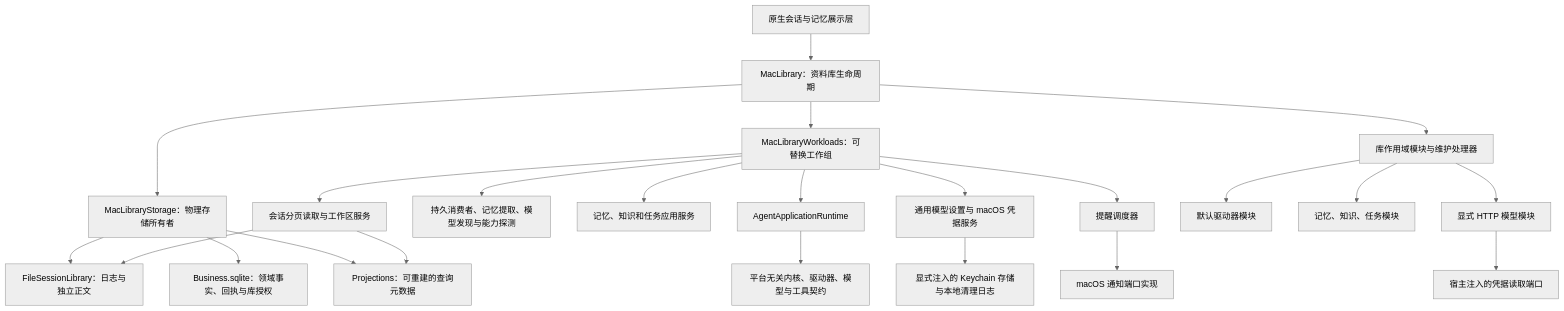
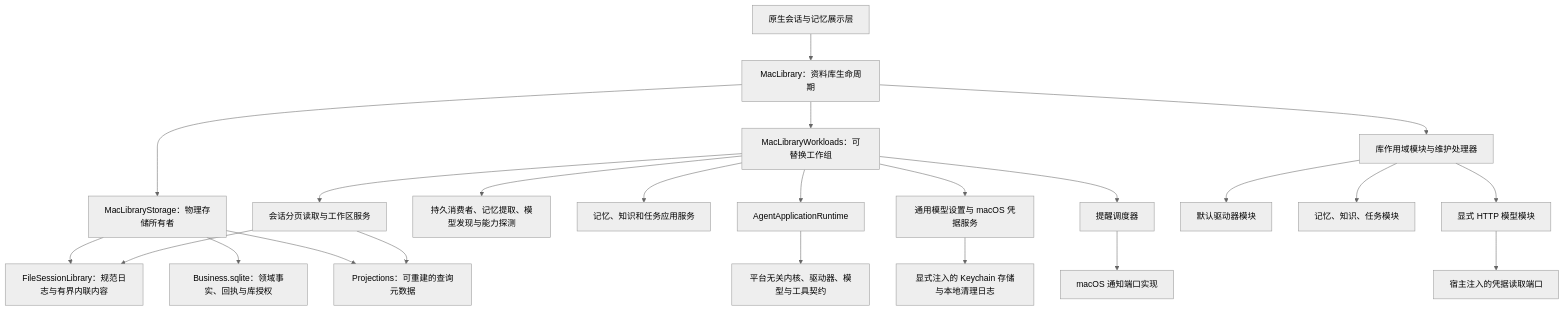
One commit to alwynou/mira changed the first of 3 diagrams in docs/architecture/MAC_LIBRARY_COMPOSITION.md. Above: the diagram before and after it, drawn with Mermaid (neutral theme). The commit also changed other lines of this file and 290 other files, not shown here.

````diff
--- a/docs/architecture/MAC_LIBRARY_COMPOSITION.md
+++ b/docs/architecture/MAC_LIBRARY_COMPOSITION.md
@@ -9,25 +9,25 @@
 ```mermaid
 flowchart TB
     UI[原生会话与记忆展示层] --> Library[MacLibrary：资料库生命周期]
     Library --> Storage[MacLibraryStorage：物理存储所有者]
     Library --> Group[MacLibraryWorkloads：可替换工作组]
     Library --> Modules[库作用域模块与维护处理器]
-    Storage --> Journal[FileSessionLibrary：日志与独立正文]
+    Storage --> Journal[FileSessionLibrary：规范日志与有界内联内容]
     Storage --> Business[Business.sqlite：领域事实、回执与库授权]
     Storage --> Projection[Projections：可重建的查询元数据]
     Group --> App[AgentApplicationRuntime]
     App --> Kernel[平台无关内核、驱动器、模型与工具契约]
     Group --> Background[持久消费者、记忆提取、模型发现与能力探测]
     Group --> Domains[记忆、知识和任务应用服务]
     Group --> Settings[通用模型设置与 macOS 凭据服务]
     Settings --> Keychain[显式注入的 Keychain 存储与本地清理日志]
     Group --> Queries[会话分页读取与工作区服务]
     Queries --> Projection
     Queries --> Journal
     Group --> Reminder[提醒调度器]
     Reminder --> Platform[macOS 通知端口实现]
     Modules --> Default[默认驱动器模块]
     Modules --> DomainModules[记忆、知识、任务模块]
     Modules --> HTTP[显式 HTTP 模型模块]
     HTTP --> Credential[宿主注入的凭据读取端口]
 ```
````
